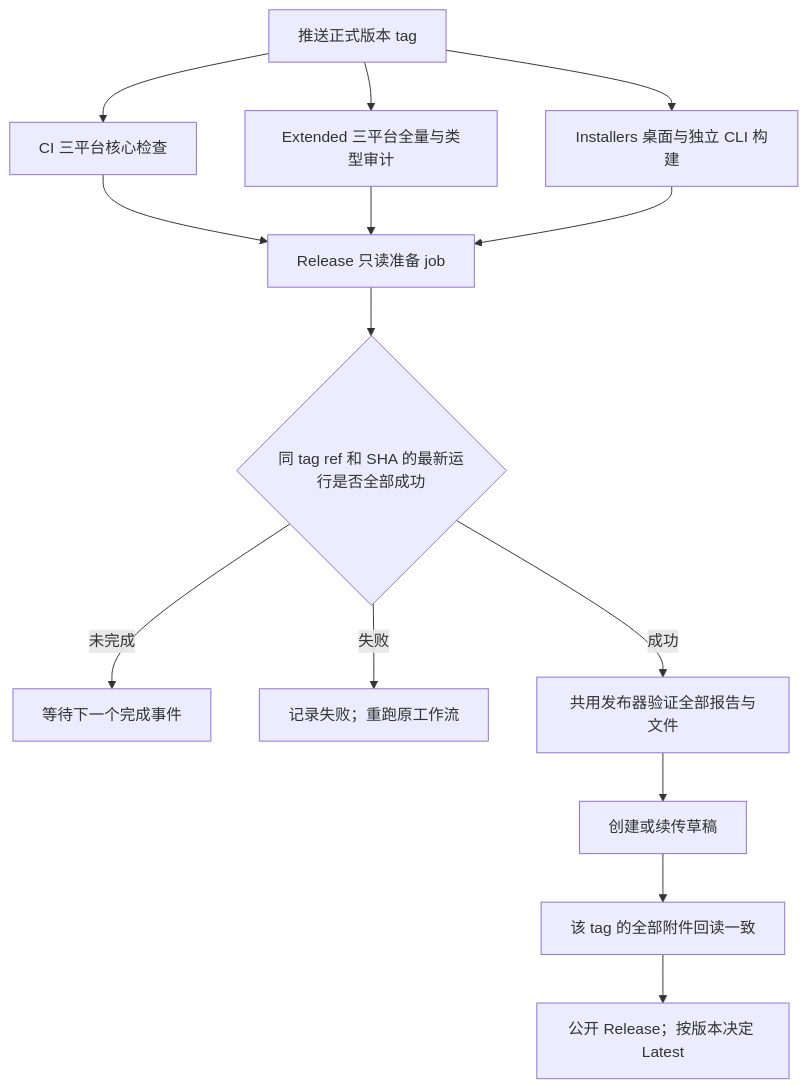
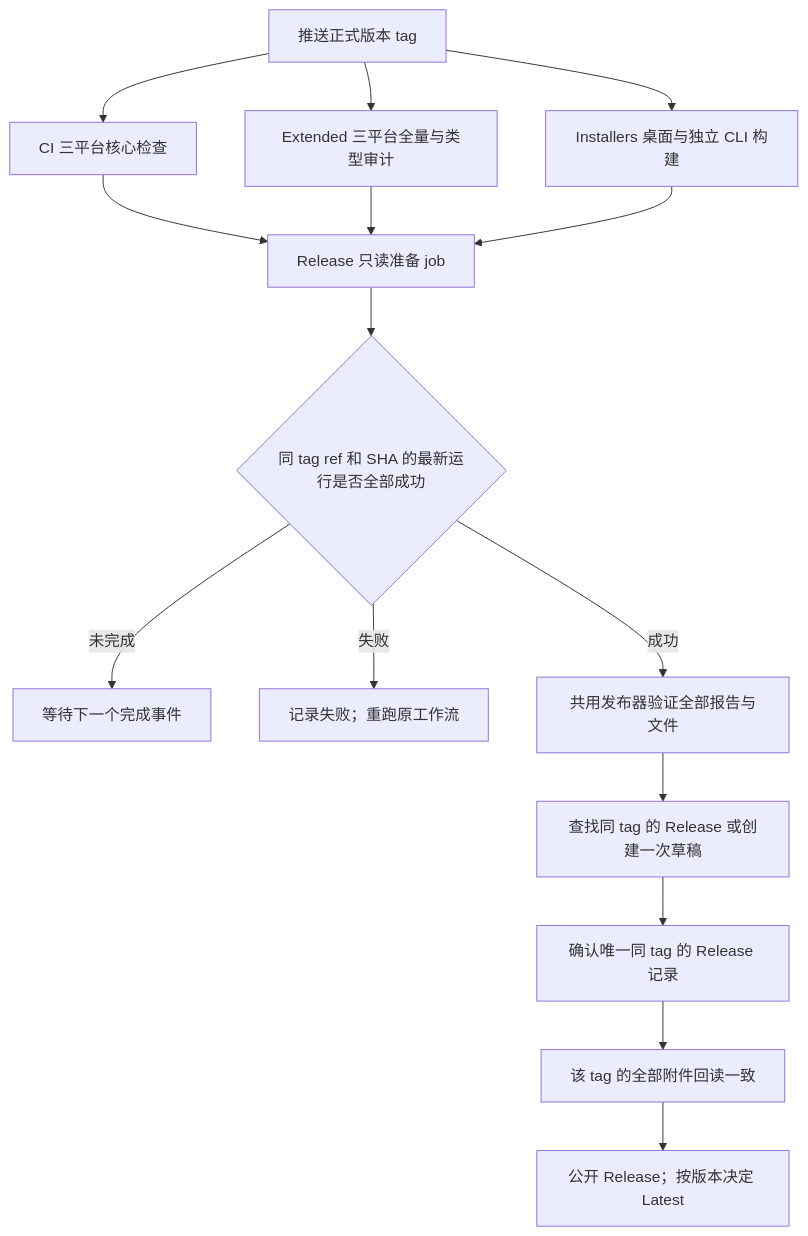
One commit to BlueSkyXN/OpenZWork changed the diagram in docs/openzwork/release/automatic-github-release.md. Above: the diagram before and after it, drawn with Mermaid. The commit also changed other lines of this file and 3 other files, not shown here.

````diff
--- a/docs/openzwork/release/automatic-github-release.md
+++ b/docs/openzwork/release/automatic-github-release.md
@@ -51,16 +53,17 @@
 ```mermaid
 flowchart TD
     T[推送正式版本 tag] --> C[CI 三平台核心检查]
     T --> E[Extended 三平台全量与类型审计]
     T --> B[Installers 桌面与独立 CLI 构建]
     C --> P[Release 只读准备 job]
     E --> P
     B --> P
     P --> G{同 tag ref 和 SHA 的最新运行是否全部成功}
     G -->|未完成| W[等待下一个完成事件]
     G -->|失败| F[记录失败；重跑原工作流]
     G -->|成功| V[共用发布器验证全部报告与文件]
-    V --> D[创建或续传草稿]
-    D --> A[该 tag 的全部附件回读一致]
+    V --> D[查找同 tag 的 Release 或创建一次草稿]
+    D --> Q[确认唯一同 tag 的 Release 记录]
+    Q --> A[该 tag 的全部附件回读一致]
     A --> R[公开 Release；按版本决定 Latest]
 ```
````
